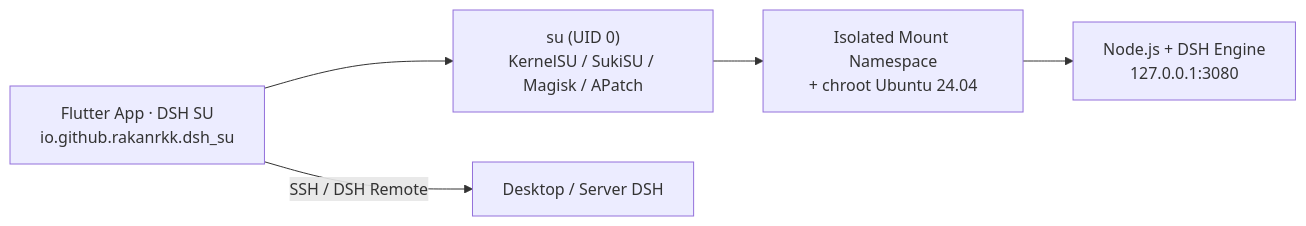
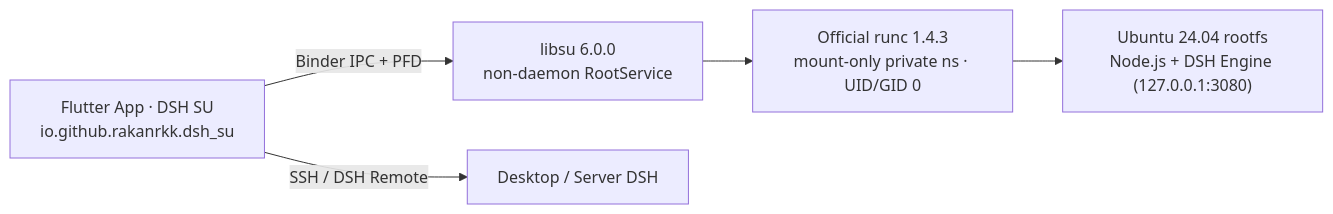
The diagram in README.en.md (Rakanrkk/dsh-Su), drawn with Mermaid before and after one commit. The commit also changed other lines of this file and 3 other files, not shown here.

````diff
--- a/README.en.md
+++ b/README.en.md
@@ -29,7 +29,7 @@
 ```mermaid
 flowchart LR
-  UI["Flutter App · DSH SU<br/>io.github.rakanrkk.dsh_su"] --> Su["su (UID 0)<br/>KernelSU / SukiSU / Magisk / APatch"]
-  Su --> NS["Isolated Mount Namespace<br/>+ chroot Ubuntu 24.04"]
-  NS --> Engine["Node.js + DSH Engine<br/>127.0.0.1:3080"]
+  UI["Flutter App · DSH SU<br/>io.github.rakanrkk.dsh_su"] -->|Binder IPC + PFD| Libsu["libsu 6.0.0<br/>non-daemon RootService"]
+  Libsu --> Runc["Official runc 1.4.3<br/>mount-only private ns · UID/GID 0"]
+  Runc --> Engine["Ubuntu 24.04 rootfs<br/>Node.js + DSH Engine (127.0.0.1:3080)"]
   UI -->|SSH / DSH Remote| Remote["Desktop / Server DSH"]
 ```
````
